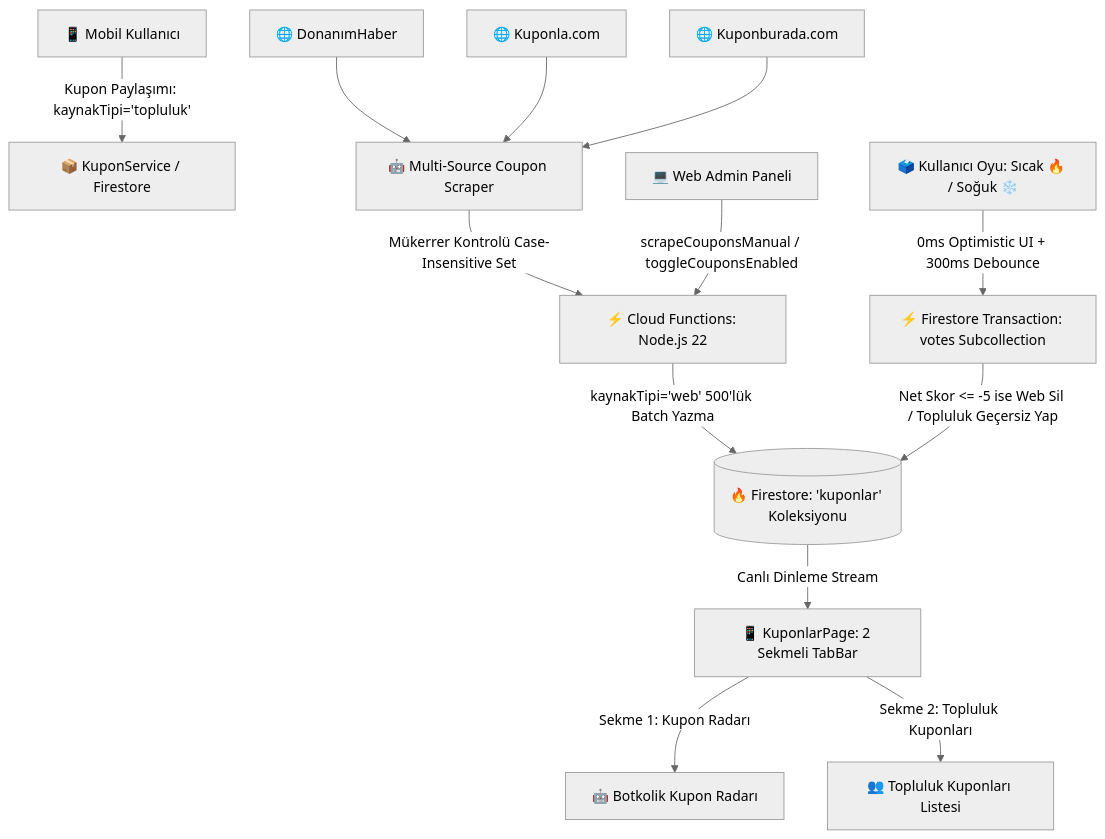
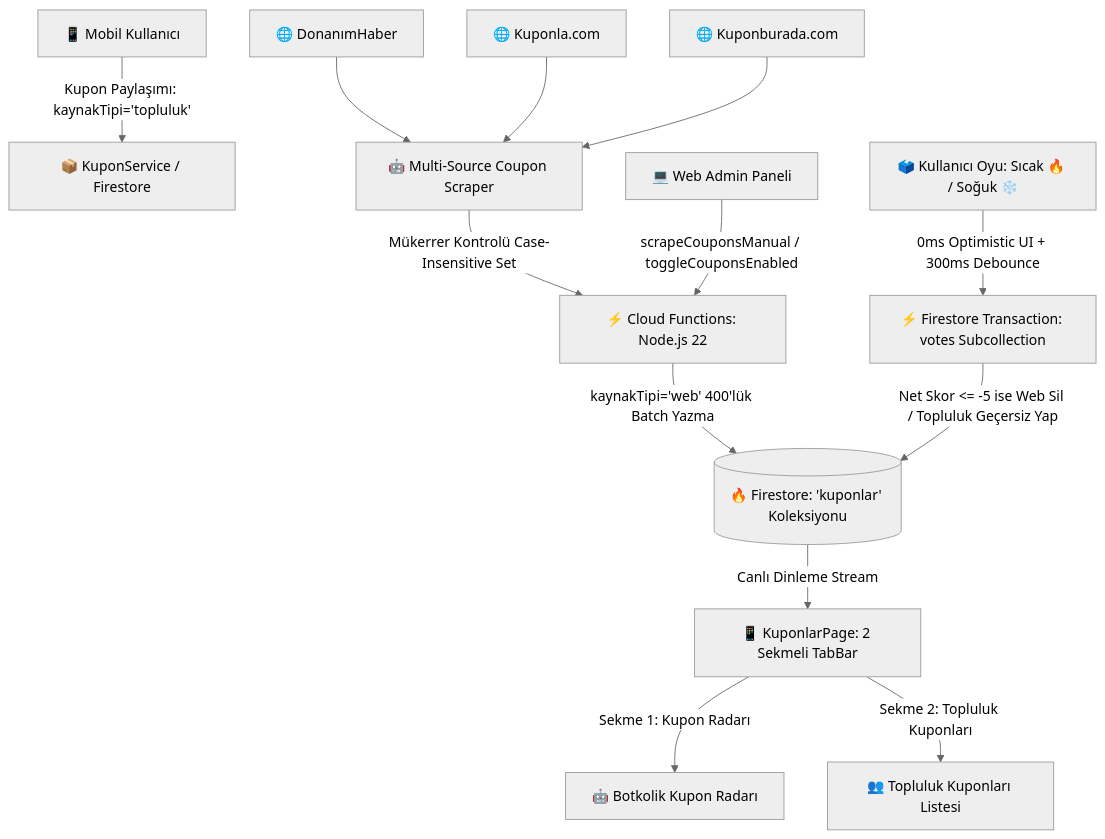
Before and after one commit to gky61/s-cak-f-rsatlar: the first of 5 diagrams in documentation/kuponlar/kuponlar_modulu_rehberi.md, drawn with Mermaid (neutral theme). The commit also changed other lines of this file and 2 other files, not shown here.

````diff
--- a/documentation/kuponlar/kuponlar_modulu_rehberi.md
+++ b/documentation/kuponlar/kuponlar_modulu_rehberi.md
@@ -30,20 +30,20 @@
 ```mermaid
 graph TD
     %% 1. Veri Kaynakları
     User[📱 Mobil Kullanıcı] -->|Kupon Paylaşımı: kaynakTipi='topluluk'| KuponService[📦 KuponService / Firestore]
     DH[🌐 DonanımHaber] --> Scraper[🤖 Multi-Source Coupon Scraper]
     Kuponla[🌐 Kuponla.com] --> Scraper
     Kuponburada[🌐 Kuponburada.com] --> Scraper
     
     %% 2. Backend İşleme
     Scraper -->|Mükerrer Kontrolü Case-Insensitive Set| CloudFunctions[⚡ Cloud Functions: Node.js 22]
-    CloudFunctions -->|kaynakTipi='web' 500'lük Batch Yazma| Firestore[(🔥 Firestore: 'kuponlar' Koleksiyonu)]
+    CloudFunctions -->|kaynakTipi='web' 400'lük Batch Yazma| Firestore[(🔥 Firestore: 'kuponlar' Koleksiyonu)]
     AdminWeb[💻 Web Admin Paneli] -->|scrapeCouponsManual / toggleCouponsEnabled| CloudFunctions
     
     %% 3. Mobil İstemci ve Oylama
     Firestore -->|Canlı Dinleme Stream| KuponlarPage[📱 KuponlarPage: 2 Sekmeli TabBar]
     KuponlarPage -->|Sekme 1: Kupon Radarı| Tab1[🤖 Botkolik Kupon Radarı]
     KuponlarPage -->|Sekme 2: Topluluk Kuponları| Tab2[👥 Topluluk Kuponları Listesi]
     UserVote[🗳️ Kullanıcı Oyu: Sıcak 🔥 / Soğuk ❄️] -->|0ms Optimistic UI + 300ms Debounce| VoteTx[⚡ Firestore Transaction: votes Subcollection]
     VoteTx -->|Net Skor <= -5 ise Web Sil / Topluluk Geçersiz Yap| Firestore
 ```
````
